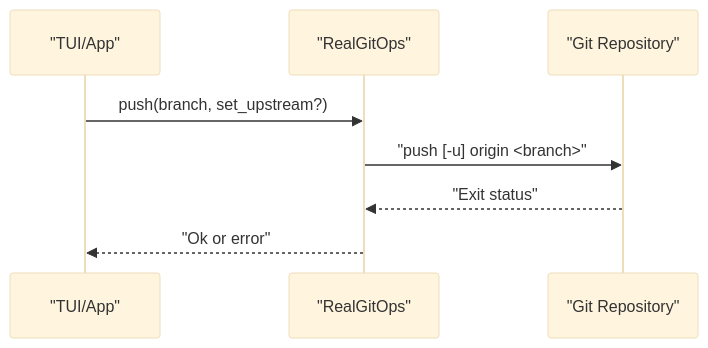
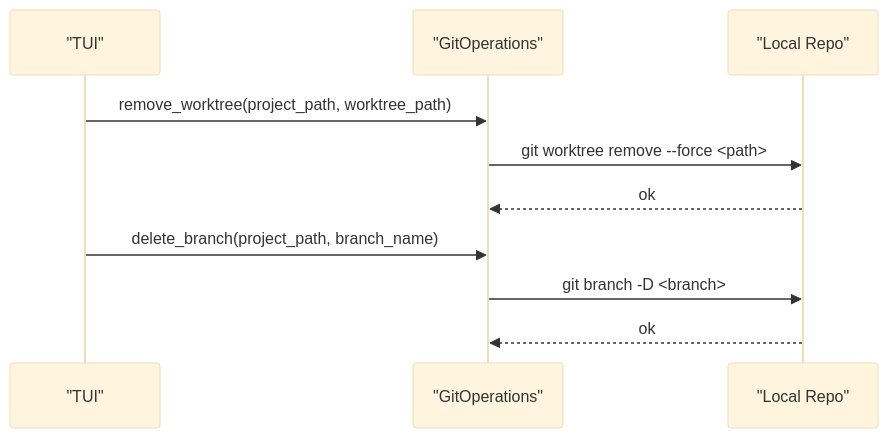
Before and after one commit to bramburn/agtx: the fifth of 8 diagrams in .qoder/repowiki/en/content/Git Integration/Branch Operations.md, drawn with Mermaid (base theme). The commit also changed other lines of this file and 140 other files, not shown here.

````diff
--- a/.qoder/repowiki/en/content/Git Integration/Branch Operations.md
+++ b/.qoder/repowiki/en/content/Git Integration/Branch Operations.md
@@ -234,10 +185,12 @@
 ```mermaid
 sequenceDiagram
-participant TUI as "TUI/App"
-participant GitOps as "RealGitOps"
-participant Repo as "Git Repository"
-TUI->>GitOps : push(branch, set_upstream?)
-GitOps->>Repo : "push [-u] origin <branch>"
-Repo-->>GitOps : "Exit status"
-GitOps-->>TUI : "Ok or error"
+participant TUI as "TUI"
+participant GitOps as "GitOperations"
+participant Repo as "Local Repo"
+TUI->>GitOps : remove_worktree(project_path, worktree_path)
+GitOps->>Repo : git worktree remove --force <path>
+Repo-->>GitOps : ok
+TUI->>GitOps : delete_branch(project_path, branch_name)
+GitOps->>Repo : git branch -D <branch>
+Repo-->>GitOps : ok
 ```
````
